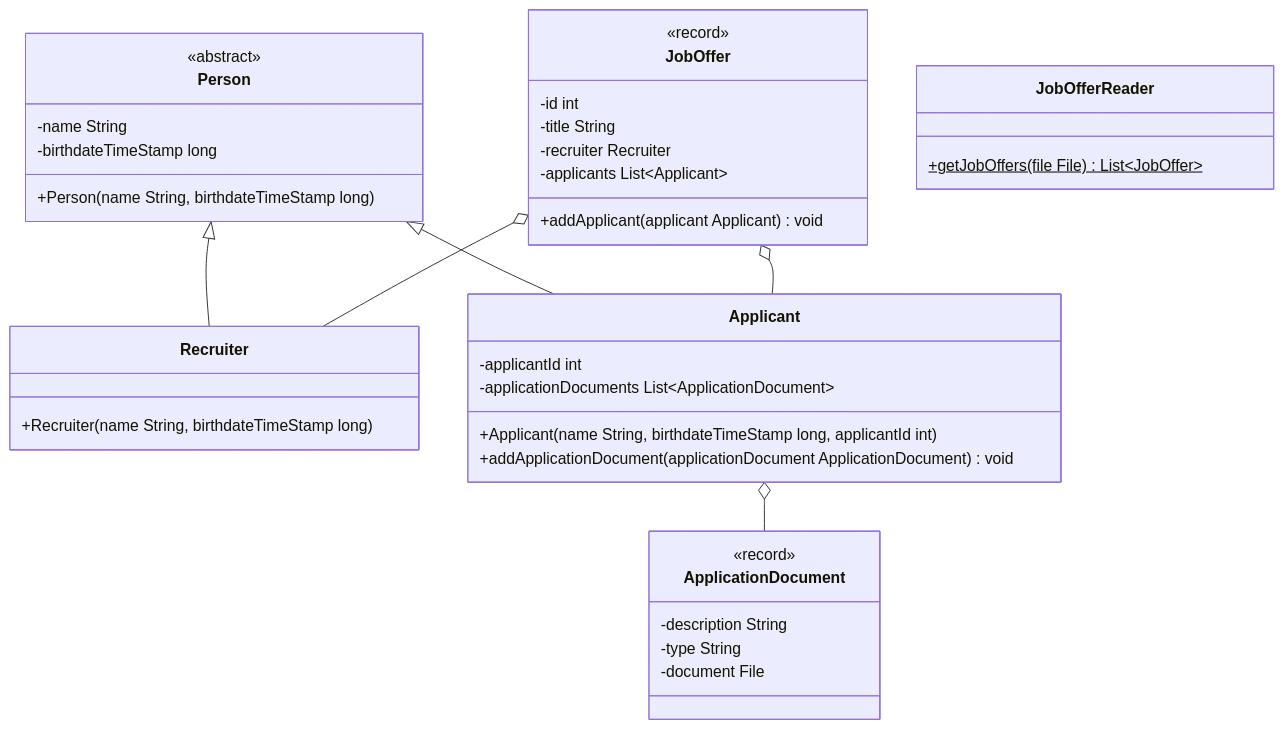
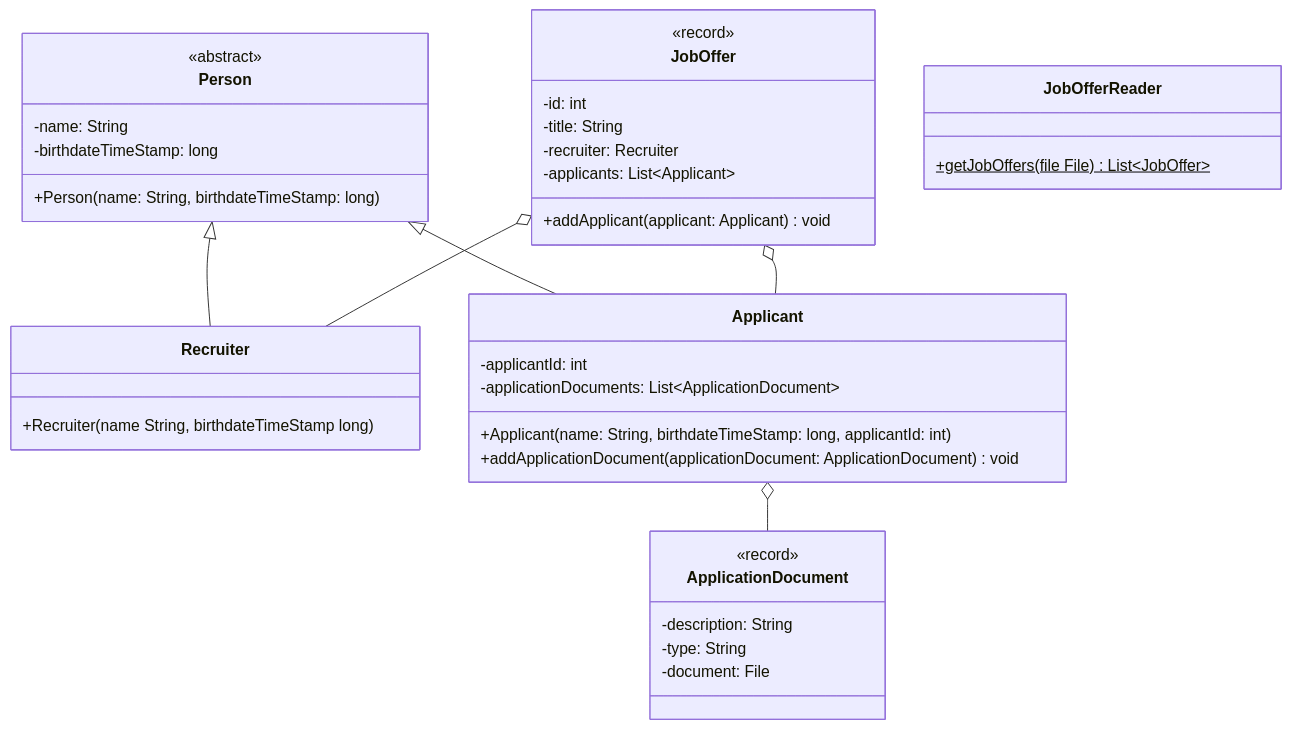
The diagram in docs/exam-exercises/exam-exercises-java2/job-offer.md (jappuccini/java-docs), drawn with Mermaid before and after one commit. The commit also changed other lines of this file and 76 other files, not shown here.

Commit message:
uml fixes (colons, properties), headline fixes (italic) and exam result updates

````diff
--- a/docs/exam-exercises/exam-exercises-java2/job-offer.md
+++ b/docs/exam-exercises/exam-exercises-java2/job-offer.md
@@ -12,46 +12,46 @@
 ```mermaid
 classDiagram
     Person <|-- Recruiter
     Person <|-- Applicant
     JobOffer o-- Recruiter
     JobOffer o-- Applicant
     Applicant o-- ApplicationDocument
 
     class JobOffer {
         <<record>>
-        -id int
-        -title String
-        -recruiter Recruiter
-        -applicants List~Applicant~
-        +addApplicant(applicant Applicant) void
+        -id: int
+        -title: String
+        -recruiter: Recruiter
+        -applicants: List~Applicant~
+        +addApplicant(applicant: Applicant) void
     }
 
     class Person {
         <<abstract>>
-        -name String
-        -birthdateTimeStamp long
-        +Person(name String, birthdateTimeStamp long)
+        -name: String
+        -birthdateTimeStamp: long
+        +Person(name: String, birthdateTimeStamp: long)
     }
 
     class Applicant {
-        -applicantId int
-        -applicationDocuments List~ApplicationDocument~
-        +Applicant(name String, birthdateTimeStamp long, applicantId int)
-        +addApplicationDocument(applicationDocument ApplicationDocument) void
+        -applicantId: int
+        -applicationDocuments: List~ApplicationDocument~
+        +Applicant(name: String, birthdateTimeStamp: long, applicantId: int)
+        +addApplicationDocument(applicationDocument: ApplicationDocument) void
     }
 
     class Recruiter {
         +Recruiter(name String, birthdateTimeStamp long)
     }
 
     class ApplicationDocument {
         <<record>>
-        -description String
-        -type String
-        -document File
+        -description: String
+        -type: String
+        -document: File
     }
 
     class JobOfferReader {
         +getJobOffers(file File)$ List~JobOffer~
     }
 ```
````
